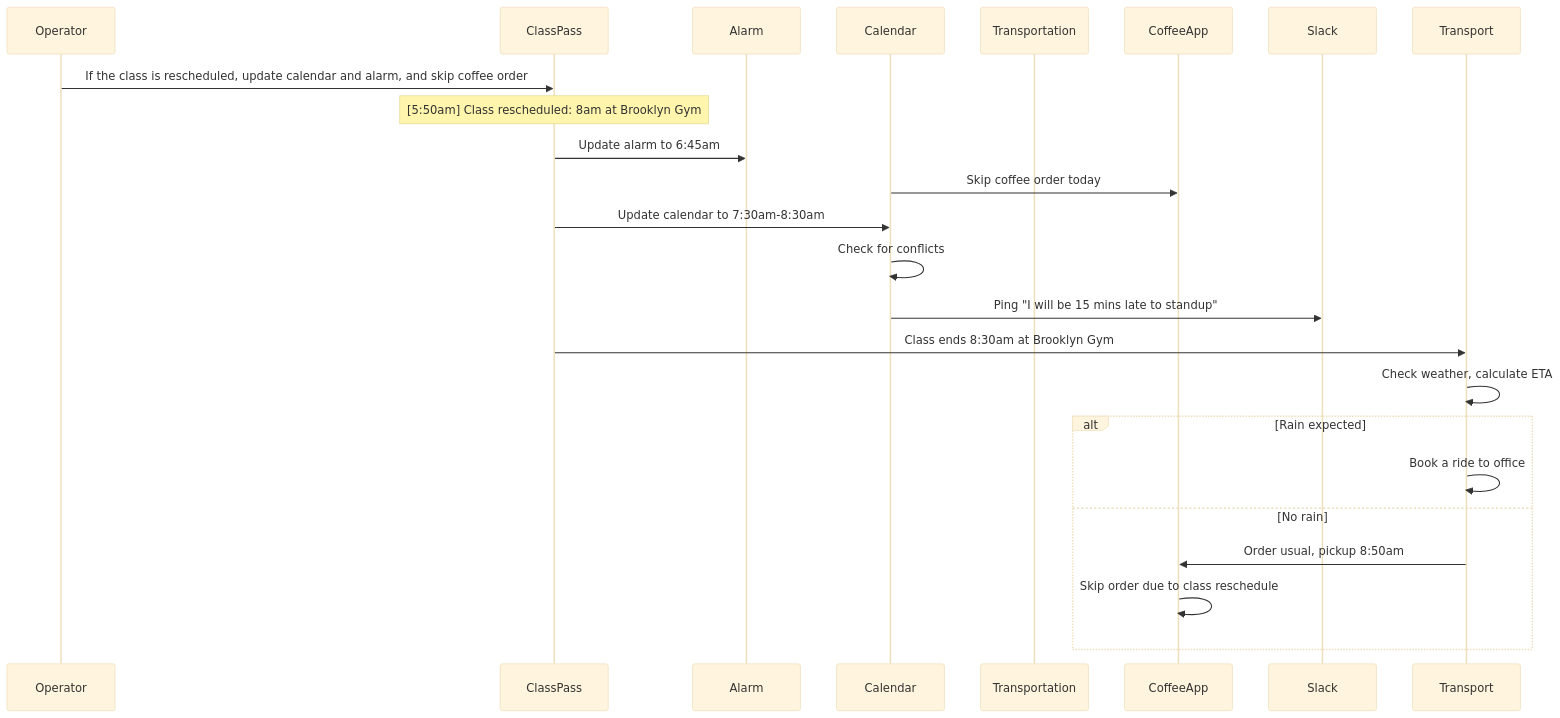
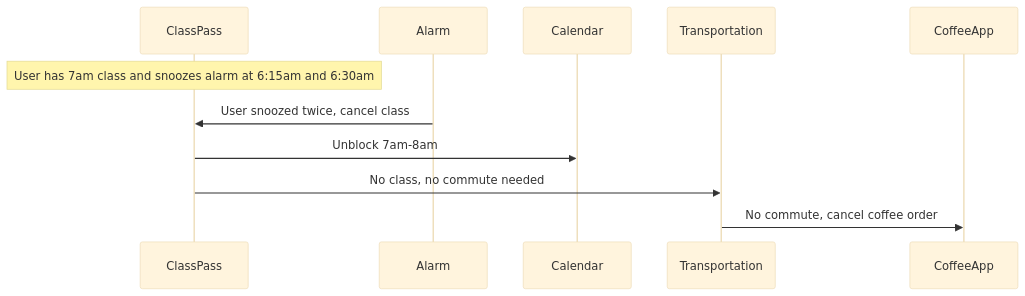
Before and after one commit to asafam/programmable-online-llm-objects: the fourth of 5 diagrams in examples/personal-assistant.md, drawn with Mermaid (base theme). The commit also changed other lines of this file, not shown here.

````diff
--- a/examples/personal-assistant.md
+++ b/examples/personal-assistant.md
@@ -61,25 +81,14 @@
 ```mermaid
 sequenceDiagram
-    participant Operator
     participant ClassPass
     participant Alarm
     participant Calendar
     participant Transportation
     participant CoffeeApp
 
-    Operator->>ClassPass: If the class is rescheduled, update calendar and alarm, and skip coffee order
-    Note over ClassPass: [5:50am] Class rescheduled: 8am at Brooklyn Gym
-    ClassPass->>Alarm: Update alarm to 6:45am
-    Calendar->>CoffeeApp: Skip coffee order today
-    ClassPass->>Calendar: Update calendar to 7:30am-8:30am
-    Calendar->>Calendar: Check for conflicts
-    Calendar->>Slack: Ping "I will be 15 mins late to standup"
-    ClassPass->>Transport: Class ends 8:30am at Brooklyn Gym
-    Transport->>Transport: Check weather, calculate ETA
-    alt Rain expected
-        Transport->>Transport: Book a ride to office
-    else No rain
-        Transport->>CoffeeApp: Order usual, pickup 8:50am
-        CoffeeApp->>CoffeeApp: Skip order due to class reschedule
-    end
+    Note over ClassPass: User has 7am class and snoozes alarm at 6:15am and 6:30am
+    Alarm->>ClassPass: User snoozed twice, cancel class
+    ClassPass->>Calendar: Unblock 7am-8am
+    ClassPass->>Transportation: No class, no commute needed
+    Transportation->>CoffeeApp: No commute, cancel coffee order
 ```
````
